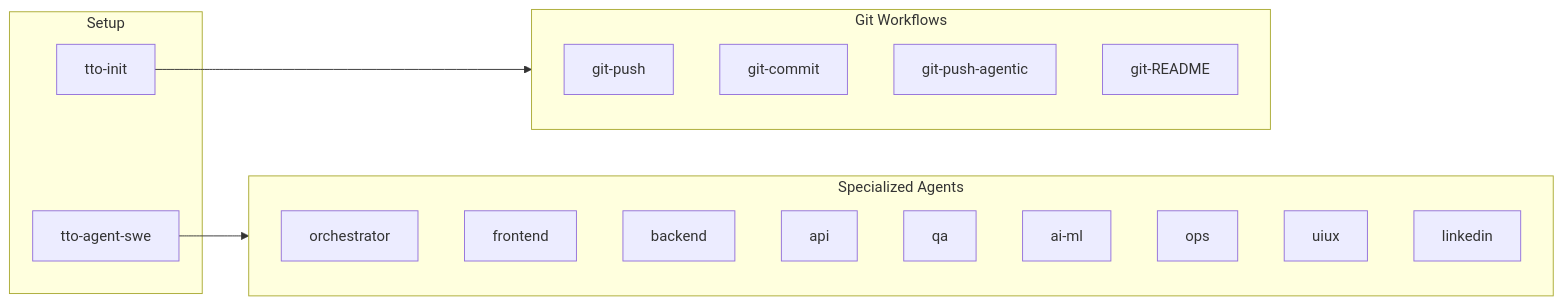
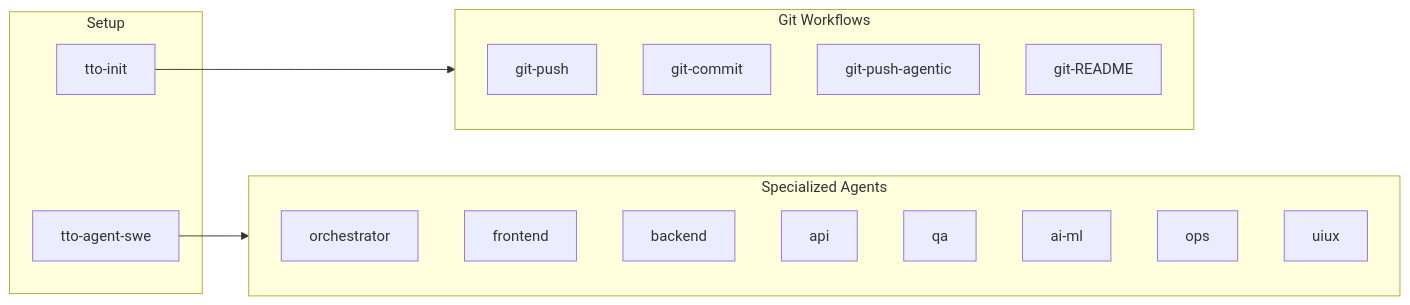
The sixth of 9 diagrams in README.md (thomas-to-bcheme/thomas-to-bcheme), drawn with Mermaid before and after one commit. The commit also changed other lines of this file and 95 other files, not shown here.

````diff
--- a/README.md
+++ b/README.md
@@ -309,29 +328,28 @@
 ```mermaid
 flowchart LR
     subgraph Git["Git Workflows"]
         GP[git-push]
         GC[git-commit]
         GPA[git-push-agentic]
         GR[git-README]
     end
 
     subgraph Agents["Specialized Agents"]
         ORCH[orchestrator]
         FE[frontend]
         BE[backend]
-        API[api]
+        APIAG[api]
         QA[qa]
-        ML[ai-ml]
+        MLAG[ai-ml]
         OPS[ops]
         UX[uiux]
-        LI[linkedin]
     end
 
     subgraph Init["Setup"]
         INIT[tto-init]
         SWE[tto-agent-swe]
     end
 
     SWE --> Agents
     INIT --> Git
 ```
````
